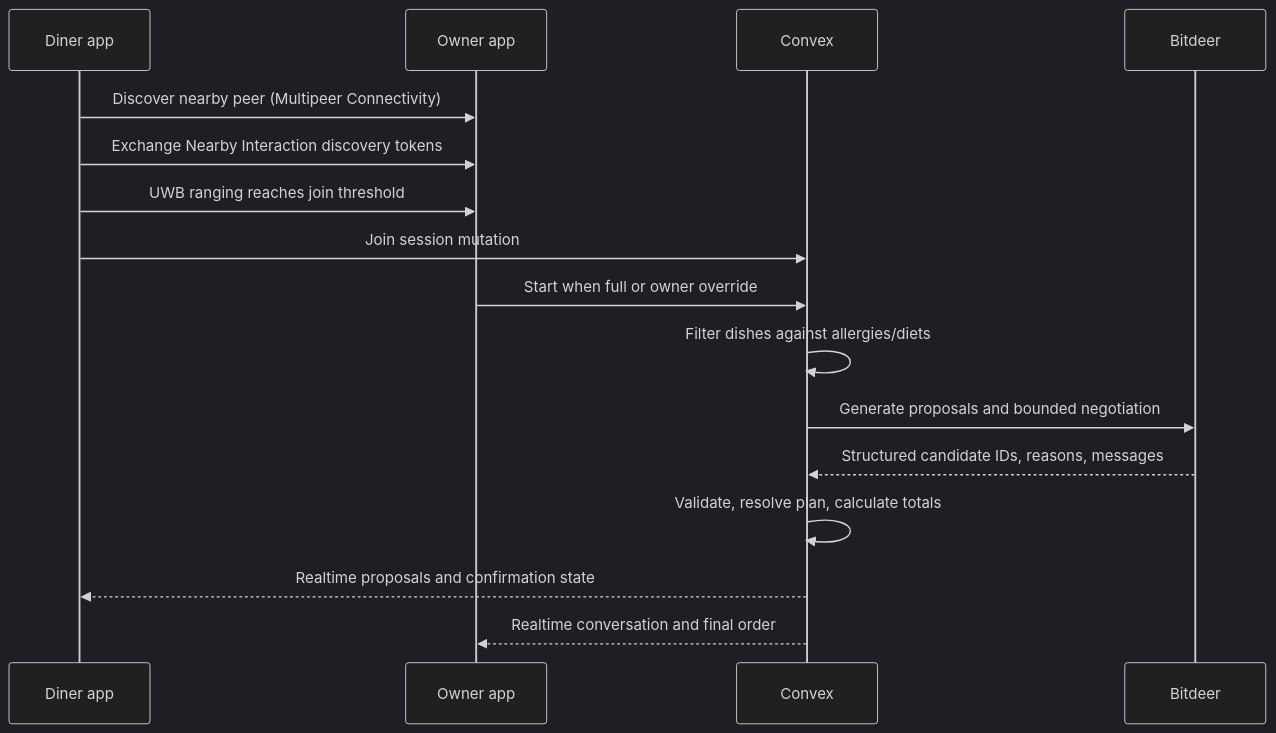
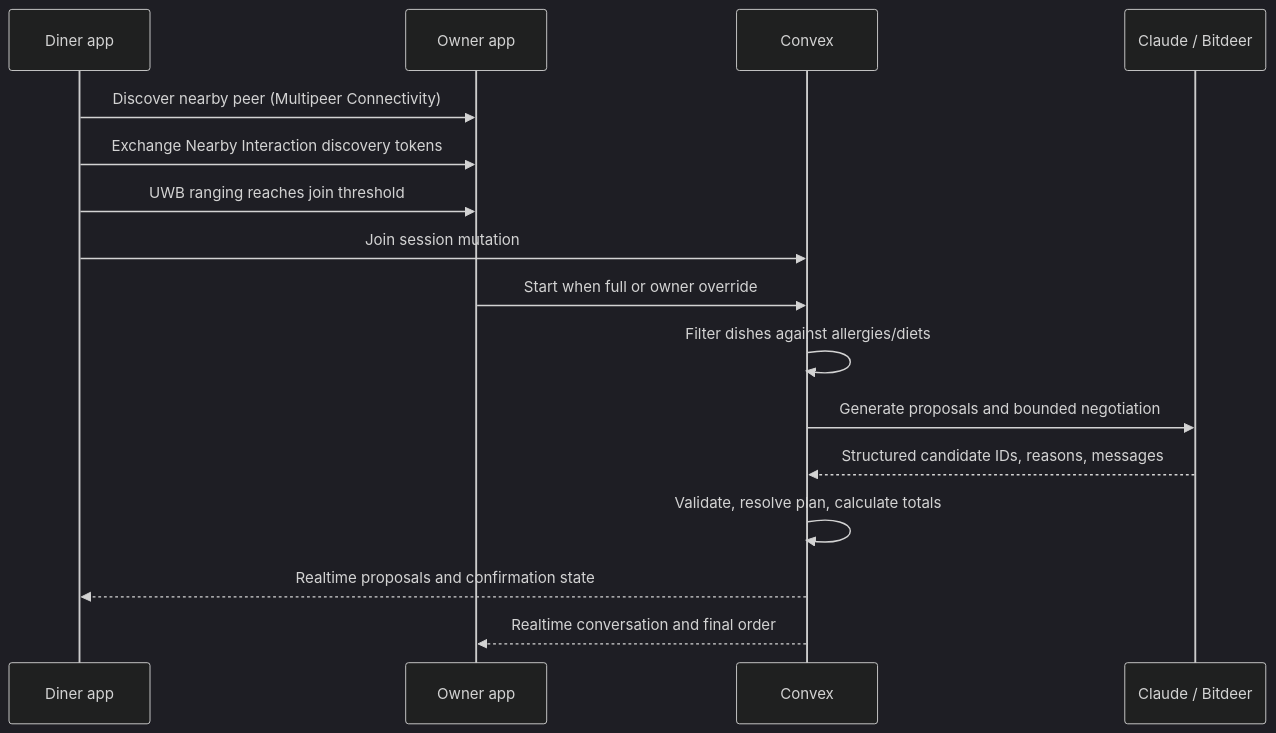
The second of 2 diagrams in SOFTWARE_DESIGN.md (naoxcv/tappytabs), drawn with Mermaid (dark theme) before and after one commit. The commit also changed other lines of this file and 2 other files, not shown here.

````diff
--- a/SOFTWARE_DESIGN.md
+++ b/SOFTWARE_DESIGN.md
@@ -43,18 +47,18 @@
 ```mermaid
 sequenceDiagram
   participant D as Diner app
   participant R as Owner app
   participant C as Convex
-  participant L as Bitdeer
+  participant A as Claude / Bitdeer
   D->>R: Discover nearby peer (Multipeer Connectivity)
   D->>R: Exchange Nearby Interaction discovery tokens
   D->>R: UWB ranging reaches join threshold
   D->>C: Join session mutation
   R->>C: Start when full or owner override
   C->>C: Filter dishes against allergies/diets
-  C->>L: Generate proposals and bounded negotiation
-  L-->>C: Structured candidate IDs, reasons, messages
+  C->>A: Generate proposals and bounded negotiation
+  A-->>C: Structured candidate IDs, reasons, messages
   C->>C: Validate, resolve plan, calculate totals
   C-->>D: Realtime proposals and confirmation state
   C-->>R: Realtime conversation and final order
 ```
````
